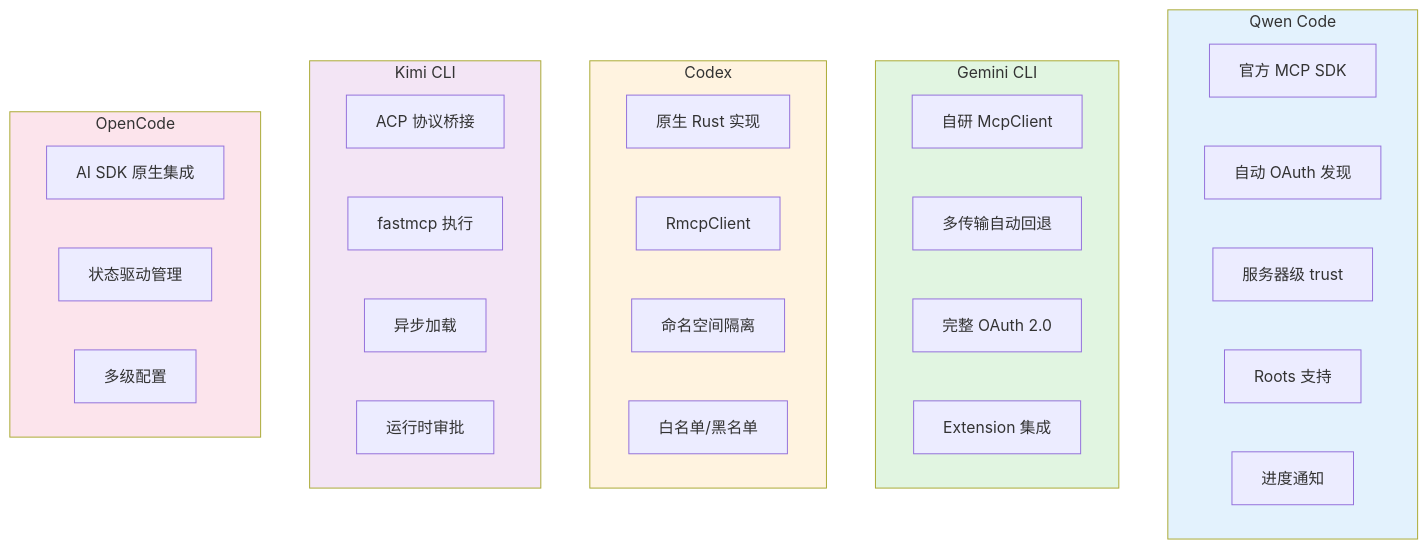
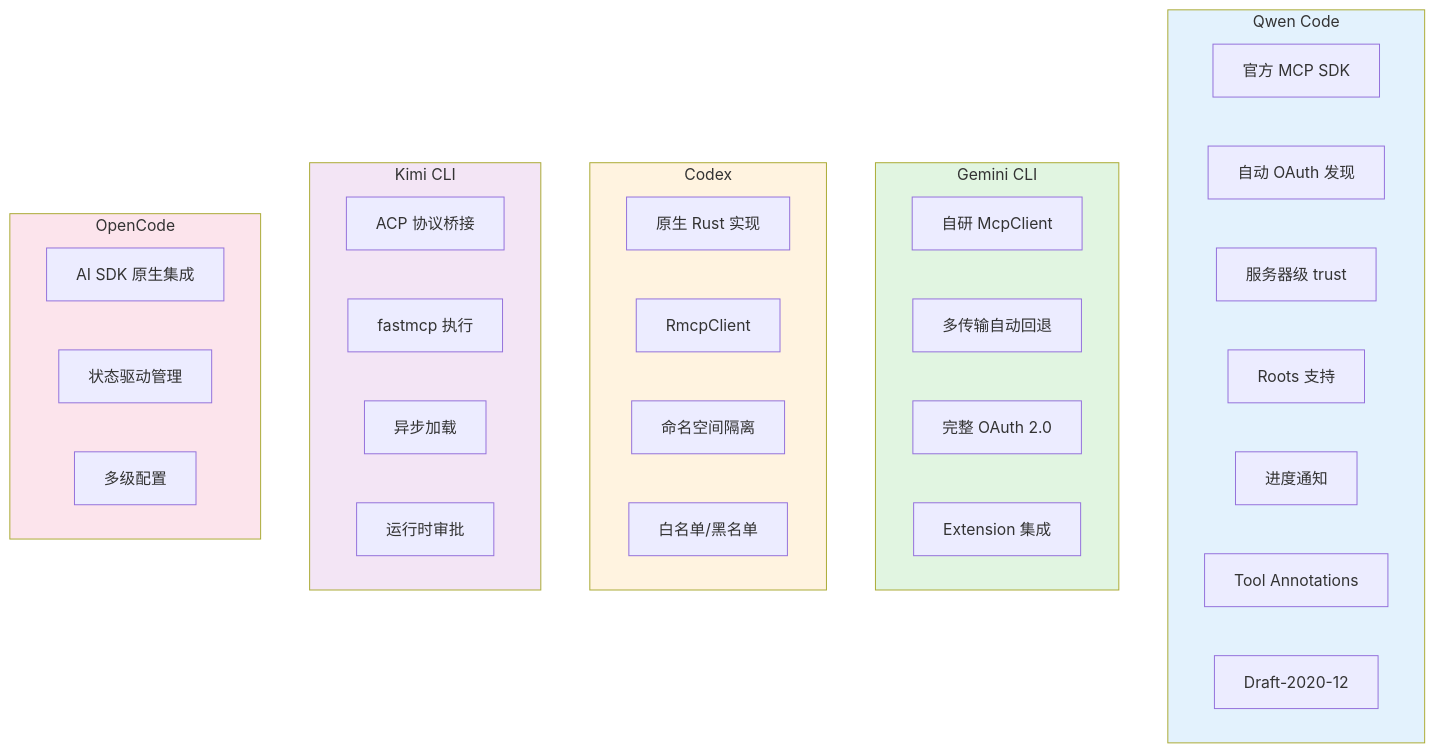
Before and after one commit to giraffe-tree/agent-base: diagram 11 of 11 in docs/qwen-code/06-qwen-code-mcp-integration.md, drawn with Mermaid. The commit also changed other lines of this file and 15 other files, not shown here.

````diff
--- a/docs/qwen-code/06-qwen-code-mcp-integration.md
+++ b/docs/qwen-code/06-qwen-code-mcp-integration.md
@@ -915,43 +1073,45 @@
 ```mermaid
 flowchart TD
     subgraph Qwen["Qwen Code"]
         Q1[官方 MCP SDK]
         Q2[自动 OAuth 发现]
         Q3[服务器级 trust]
         Q4[Roots 支持]
         Q5[进度通知]
+        Q6[Tool Annotations]
+        Q7[Draft-2020-12]
     end
 
     subgraph Gemini["Gemini CLI"]
         G1[自研 McpClient]
         G2[多传输自动回退]
         G3[完整 OAuth 2.0]
         G4[Extension 集成]
     end
 
     subgraph Codex["Codex"]
         C1[原生 Rust 实现]
         C2[RmcpClient]
         C3[命名空间隔离]
         C4[白名单/黑名单]
     end
 
     subgraph Kimi["Kimi CLI"]
         K1[ACP 协议桥接]
         K2[fastmcp 执行]
         K3[异步加载]
         K4[运行时审批]
     end
 
     subgraph OpenCode["OpenCode"]
         O1[AI SDK 原生集成]
         O2[状态驱动管理]
         O3[多级配置]
     end
 
     style Qwen fill:#e3f2fd
     style Gemini fill:#e1f5e1
     style Codex fill:#fff3e0
     style Kimi fill:#f3e5f5
     style OpenCode fill:#fce4ec
 ```
````
